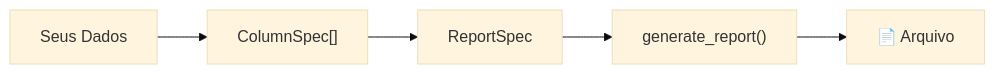
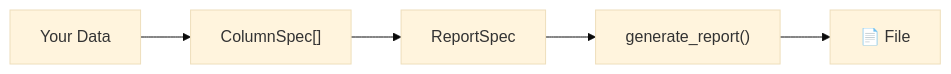
One commit to JhonatanRian/pyreps changed the diagram in docs/guide/quickstart.md. Above: the diagram before and after it, drawn with Mermaid (base theme). The commit also changed other lines of this file and 12 other files, not shown here.

````diff
--- a/docs/guide/quickstart.md
+++ b/docs/guide/quickstart.md
@@ -31,7 +31,7 @@
 ```mermaid
 graph LR
-    A["Seus Dados"] --> B["ColumnSpec[]"]
+    A["Your Data"] --> B["ColumnSpec[]"]
     B --> C["ReportSpec"]
     C --> D["generate_report()"]
-    D --> E["📄 Arquivo"]
+    D --> E["📄 File"]
 ```
````
